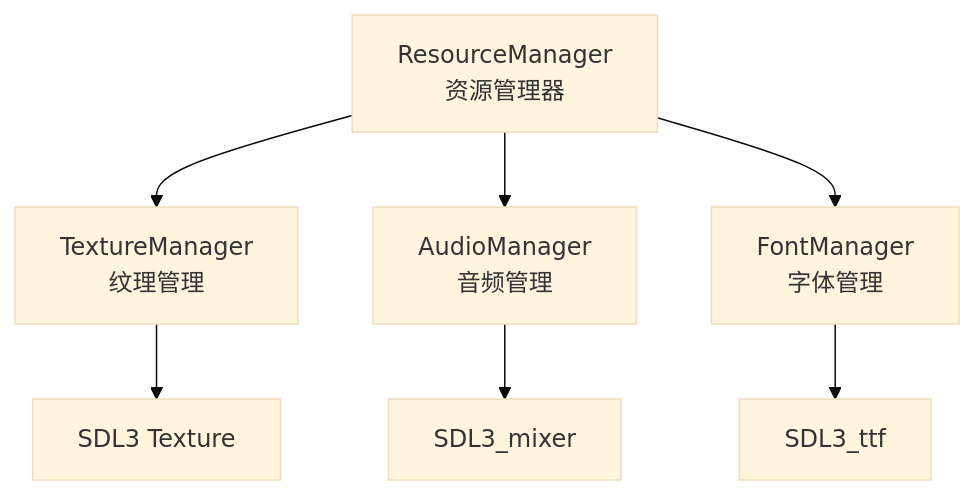
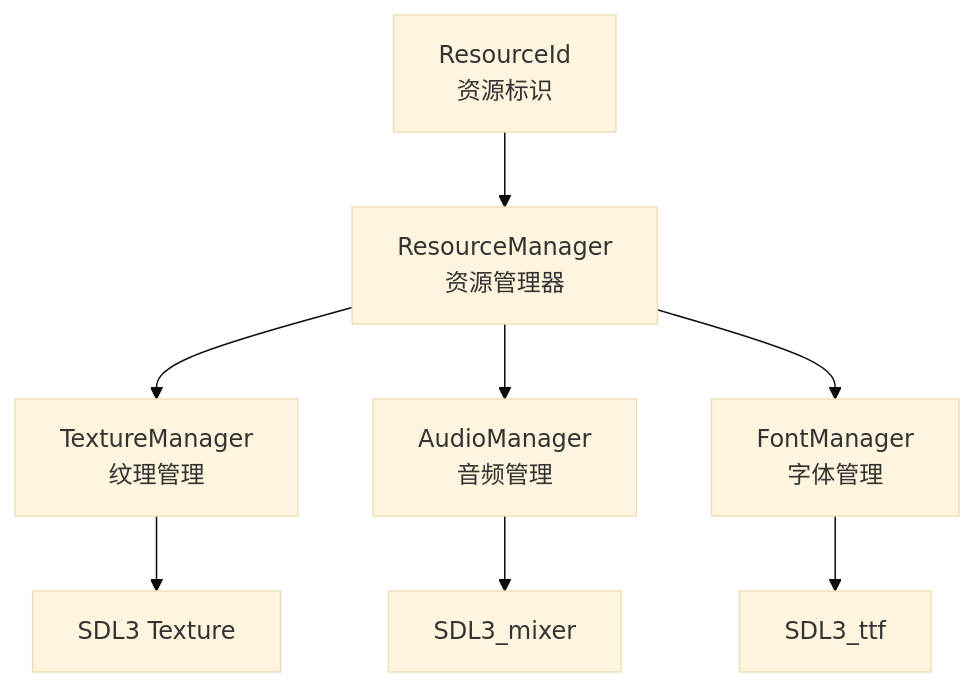
The first of 3 diagrams in doc/resource/README.md (hezhangtdzs/MonsterWar), drawn with Mermaid (base theme) before and after one commit. The commit also changed other lines of this file and 47 other files, not shown here.

````diff
--- a/doc/resource/README.md
+++ b/doc/resource/README.md
@@ -7,12 +7,14 @@
 ```mermaid
 graph TB
     ResourceManager[ResourceManager<br/>资源管理器]
     
     ResourceManager --> TextureManager[TextureManager<br/>纹理管理]
     ResourceManager --> AudioManager[AudioManager<br/>音频管理]
     ResourceManager --> FontManager[FontManager<br/>字体管理]
     
     TextureManager --> SDL3[SDL3 Texture]
     AudioManager --> SDL3_mixer[SDL3_mixer]
     FontManager --> SDL3_ttf[SDL3_ttf]
+    
+    ResourceId[ResourceId<br/>资源标识] --> ResourceManager
 ```
````
